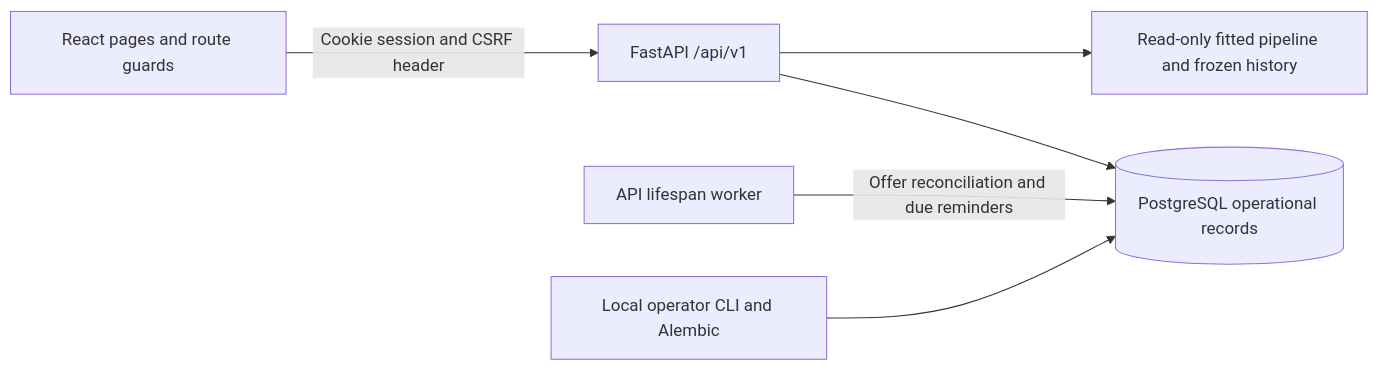
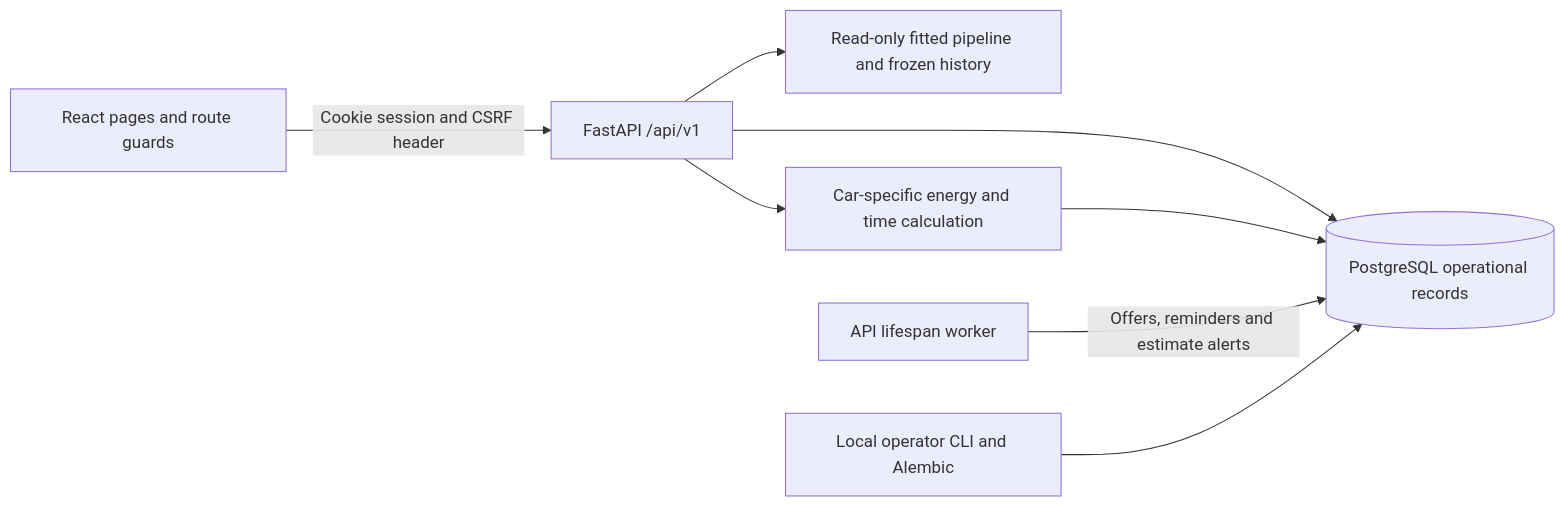
The diagram in docs/ARCHITECTURE.md (Mafuleka-Khethelo/elqovanta-ev), drawn with Mermaid before and after one commit. The commit also changed other lines of this file and 30 other files, not shown here.

````diff
--- a/docs/ARCHITECTURE.md
+++ b/docs/ARCHITECTURE.md
@@ -5,8 +5,10 @@
 ```mermaid
 flowchart LR
   UI[React pages and route guards] -->|Cookie session and CSRF header| API[FastAPI /api/v1]
   API --> DB[(PostgreSQL operational records)]
   API --> ML[Read-only fitted pipeline and frozen history]
-  Worker[API lifespan worker] -->|Offer reconciliation and due reminders| DB
+  API --> Calc[Car-specific energy and time calculation]
+  Calc --> DB
+  Worker[API lifespan worker] -->|Offers, reminders and estimate alerts| DB
   CLI[Local operator CLI and Alembic] --> DB
 ```
````
